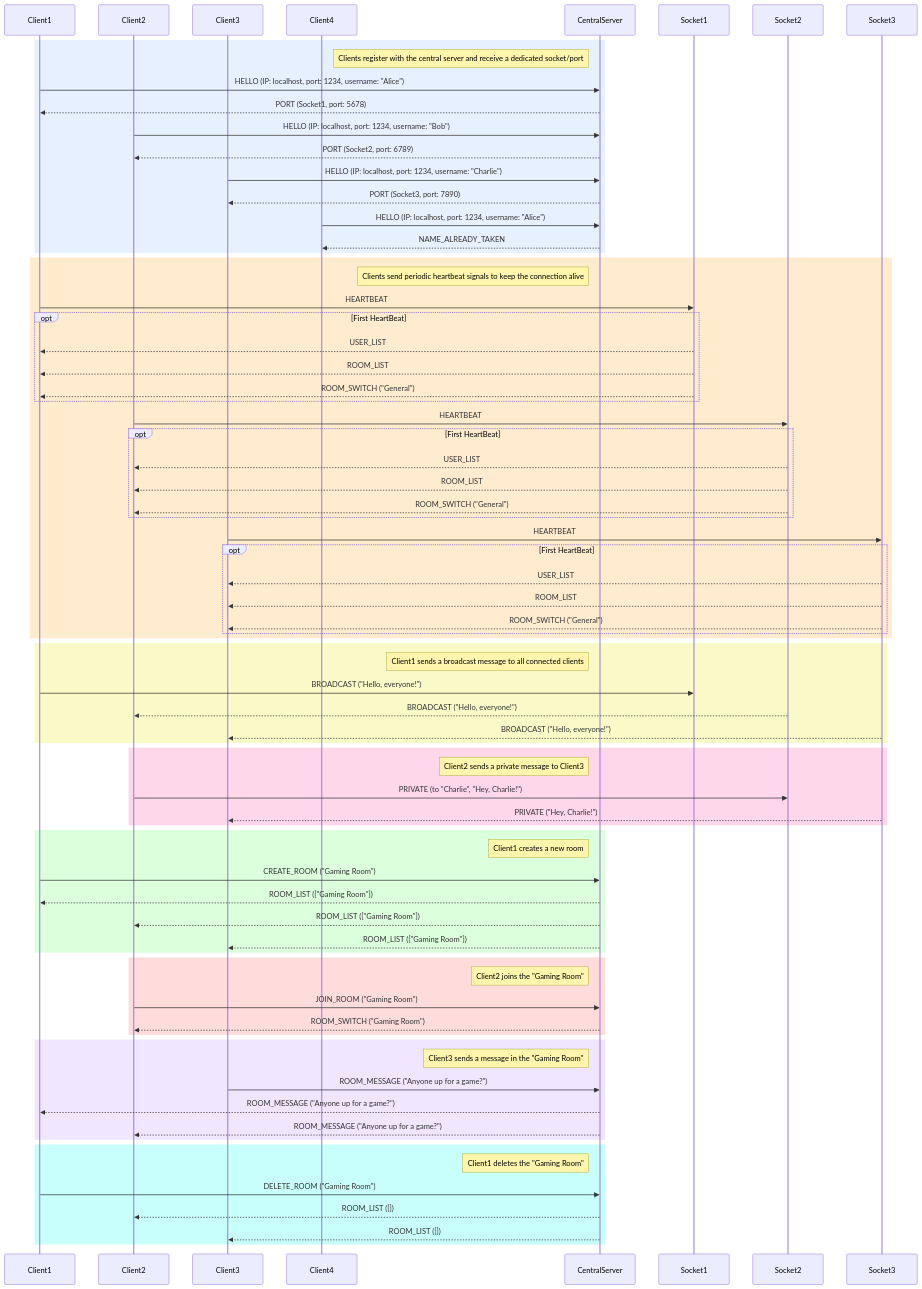
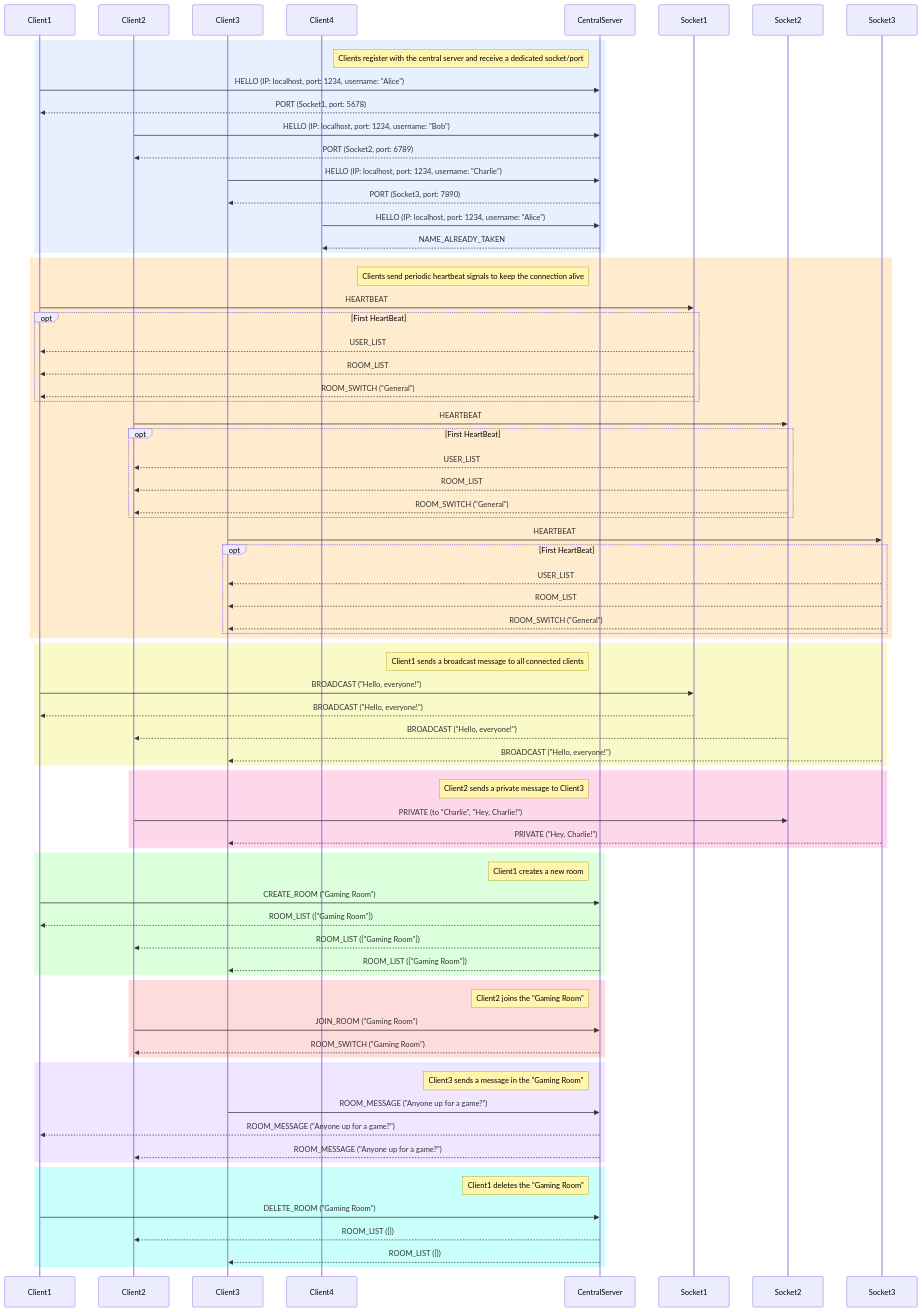
Before and after one commit to FlashOnFire/tpudp: the second of 2 diagrams in readme.md, drawn with Mermaid.

Commit message:
Add missing broadcast response in sequence diagram

```diff
--- a/readme.md
+++ b/readme.md
@@ -185,6 +185,7 @@
   rect rgb(250,250,200)
     note left of CentralServer: Client1 sends a broadcast message to all connected clients
     Client1 ->> Socket1: BROADCAST ("Hello, everyone!")
+    Socket1 -->> Client1: BROADCAST ("Hello, everyone!")
     Socket2 -->> Client2: BROADCAST ("Hello, everyone!")
     Socket3 -->> Client3: BROADCAST ("Hello, everyone!")
   end
```
